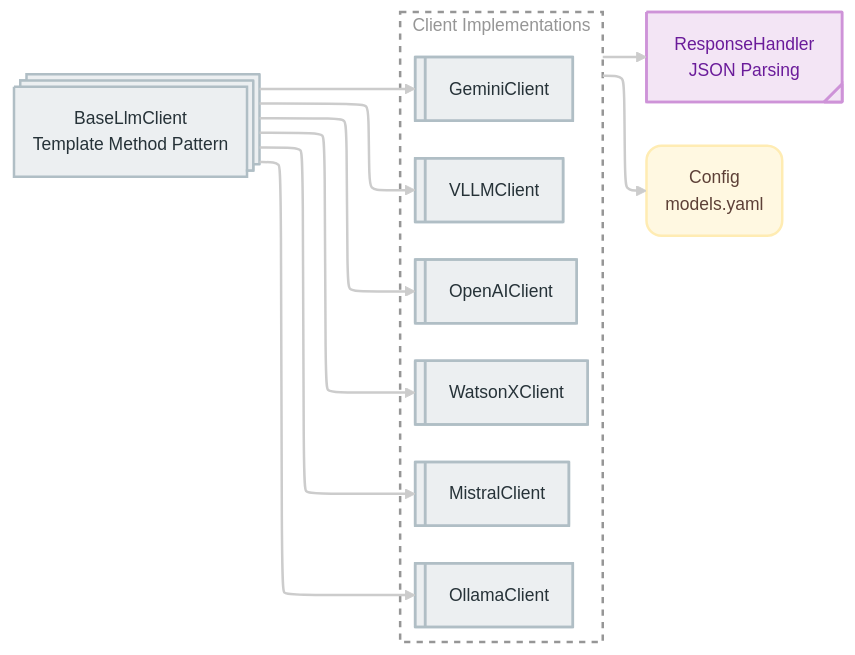
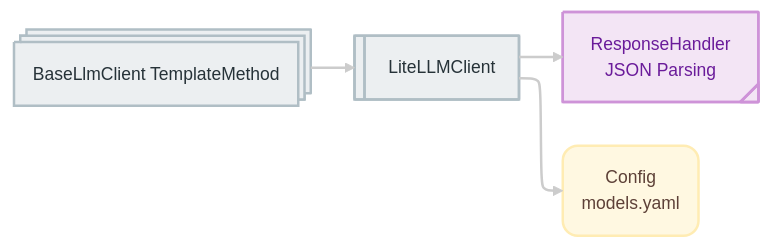
One commit to IBM/docling-graph changed the diagram in docs/assets/flowcharts/llm_clients.md. Above: the diagram before and after it, drawn with Mermaid. The commit also changed 77 other files, not shown here.

Commit message:
refactor(llm_clients): use LiteLLM as single gateway for local and remote providers

````diff
--- a/docs/assets/flowcharts/llm_clients.md
+++ b/docs/assets/flowcharts/llm_clients.md
@@ -1,46 +1,32 @@
 ```mermaid
 %%{init: {'theme': 'redux-dark', 'look': 'default', 'layout': 'elk'}}%%
 flowchart LR
     %% 1. Define Classes
     classDef input fill:#E3F2FD,stroke:#90CAF9,color:#0D47A1
     classDef config fill:#FFF8E1,stroke:#FFECB3,color:#5D4037
     classDef output fill:#E8F5E9,stroke:#A5D6A7,color:#1B5E20
     classDef decision fill:#FFE0B2,stroke:#FFB74D,color:#E65100
     classDef data fill:#EDE7F6,stroke:#B39DDB,color:#4527A0
     classDef operator fill:#F3E5F5,stroke:#CE93D8,color:#6A1B9A
     classDef process fill:#ECEFF1,stroke:#B0BEC5,color:#263238
     
     %% Custom Subgraph Style (Transparent with dashed border)
     classDef subgraph_style fill:none,stroke:#969696,stroke-width:2px,stroke-dasharray: 5,color:#969696
 
     %% 2. Define Nodes
-    A@{ shape: procs, label: "BaseLlmClient<br>Template Method Pattern" }
-    
-    subgraph subGraph0["Client Implementations"]
-        B@{ shape: lin-proc, label: "VLLMClient" }
-        C@{ shape: lin-proc, label: "OllamaClient" }
-        D@{ shape: lin-proc, label: "MistralClient" }
-        E@{ shape: lin-proc, label: "OpenAIClient" }
-        F@{ shape: lin-proc, label: "GeminiClient" }
-        G@{ shape: lin-proc, label: "WatsonXClient" }
-    end
+    A@{ shape: procs, label: "BaseLlmClient TemplateMethod" }
+    B@{ shape: lin-proc, label: "LiteLLMClient" }
 
     H@{ shape: tag-proc, label: "ResponseHandler<br>JSON Parsing" }
     I("Config<br>models.yaml")
 
     %% 3. Define Connections
     A --> B
-    A --> C
-    A --> D
-    A --> E
-    A --> F
-    A --> G
-    subGraph0 --> H
-    subGraph0 --> I
+    B --> H
+    B --> I
 
     %% 4. Apply Classes
-    class A,B,C,D,E,F,G process
+    class A,B process
     class H operator
     class I config
-    class subGraph0 subgraph_style
 ```
````
